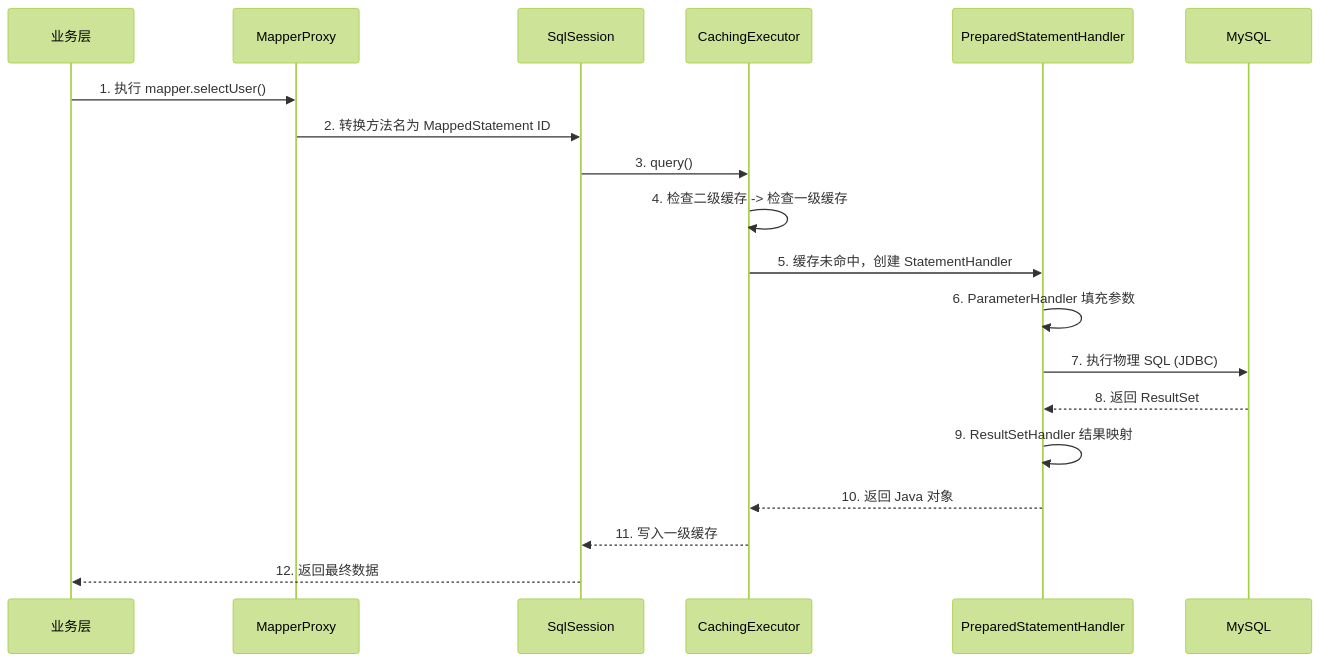
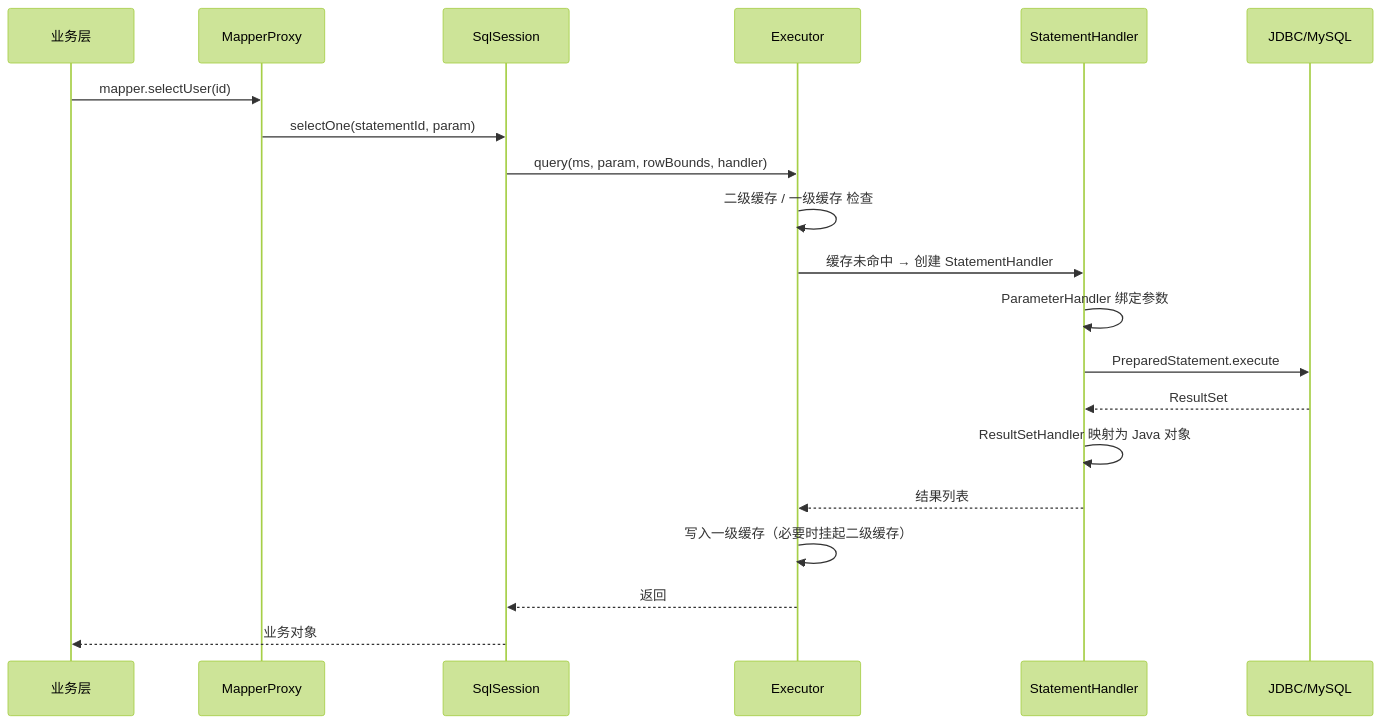
The second of 2 diagrams in docs/java/persistence/1-mybatis-core-flow.md (Aiden-Coding/AiDocs), drawn with Mermaid (forest theme) before and after one commit. The commit also changed other lines of this file and 21 other files, not shown here.

````diff
--- a/docs/java/persistence/1-mybatis-core-flow.md
+++ b/docs/java/persistence/1-mybatis-core-flow.md
@@ -30,22 +59,23 @@
 ```mermaid
 sequenceDiagram
     participant App as 业务层
     participant Proxy as MapperProxy
     participant Session as SqlSession
-    participant Exec as CachingExecutor
-    participant SH as PreparedStatementHandler
-    participant DB as MySQL
+    participant Exec as Executor
+    participant SH as StatementHandler
+    participant DB as JDBC/MySQL
 
-    App->>Proxy: 1. 执行 mapper.selectUser()
-    Proxy->>Session: 2. 转换方法名为 MappedStatement ID
-    Session->>Exec: 3. query()
-    Exec->>Exec: 4. 检查二级缓存 -> 检查一级缓存
-    Exec->>SH: 5. 缓存未命中，创建 StatementHandler
-    SH->>SH: 6. ParameterHandler 填充参数
-    SH->>DB: 7. 执行物理 SQL (JDBC)
-    DB-->>SH: 8. 返回 ResultSet
-    SH->>SH: 9. ResultSetHandler 结果映射
-    SH-->>Exec: 10. 返回 Java 对象
-    Exec-->>Session: 11. 写入一级缓存
-    Session-->>App: 12. 返回最终数据
+    App->>Proxy: mapper.selectUser(id)
+    Proxy->>Session: selectOne(statementId, param)
+    Session->>Exec: query(ms, param, rowBounds, handler)
+    Exec->>Exec: 二级缓存 / 一级缓存 检查
+    Exec->>SH: 缓存未命中 → 创建 StatementHandler
+    SH->>SH: ParameterHandler 绑定参数
+    SH->>DB: PreparedStatement.execute
+    DB-->>SH: ResultSet
+    SH->>SH: ResultSetHandler 映射为 Java 对象
+    SH-->>Exec: 结果列表
+    Exec->>Exec: 写入一级缓存（必要时挂起二级缓存）
+    Exec-->>Session: 返回
+    Session-->>App: 业务对象
 ```
````
